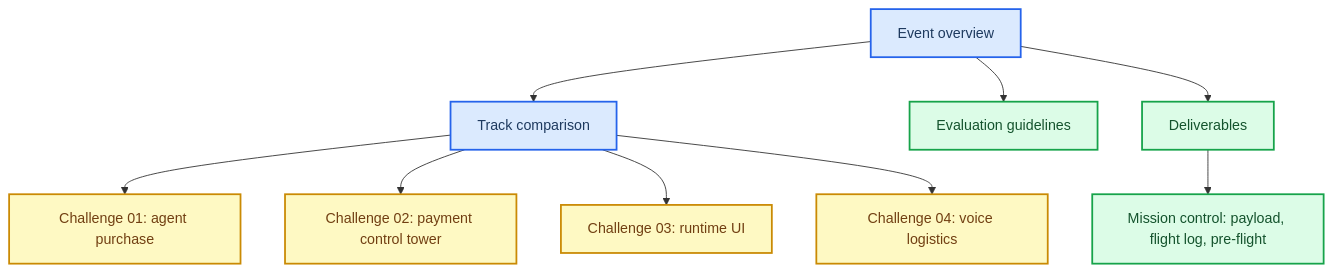
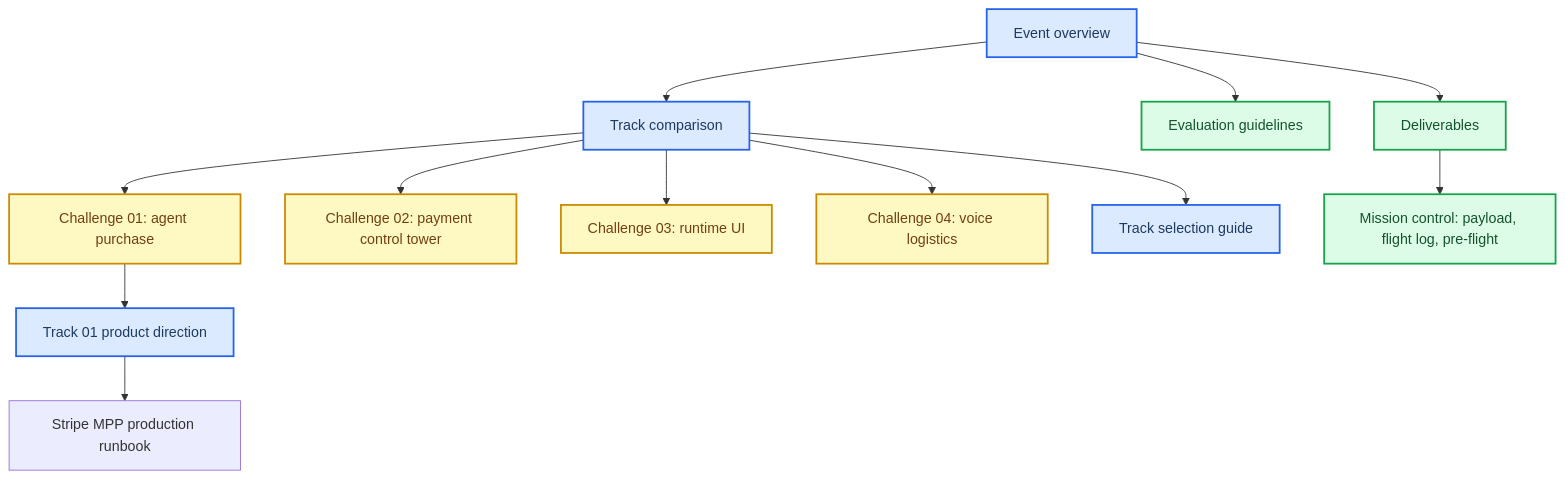
Before and after one commit to rbfcdog/brasilia-dog: the diagram in docs/README.md, drawn with Mermaid. The commit also changed other lines of this file and 17 other files, not shown here.

Commit message:
Add Stripe MPP sandbox API and runbook

````diff
--- a/docs/README.md
+++ b/docs/README.md
@@ -29,22 +32,25 @@
 ```mermaid
 flowchart TD
     accTitle: NextWave hackathon documentation map
-    accDescr: The repository records the event rules, the four challenge specifications, judging criteria, and submission requirements.
+    accDescr: The repository records event rules, challenge specifications, selection guidance, judging criteria, and submission requirements.
 
     overview["Event overview"] --> tracks["Track comparison"]
     tracks --> c01["Challenge 01: agent purchase"]
+    c01 --> direction["Track 01 product direction"]
+    direction --> stripe["Stripe MPP production runbook"]
     tracks --> c02["Challenge 02: payment control tower"]
     tracks --> c03["Challenge 03: runtime UI"]
     tracks --> c04["Challenge 04: voice logistics"]
+    tracks --> selection["Track selection guide"]
     overview --> evaluation["Evaluation guidelines"]
     overview --> deliverables["Deliverables"]
     deliverables --> mission["Mission control: payload, flight log, pre-flight"]
 
     classDef core fill:#dbeafe,stroke:#2563eb,stroke-width:2px,color:#1e3a5f
     classDef track fill:#fef9c3,stroke:#ca8a04,stroke-width:2px,color:#713f12
     classDef submission fill:#dcfce7,stroke:#16a34a,stroke-width:2px,color:#14532d
 
-    class overview,tracks core
+    class overview,tracks,selection,direction core
     class c01,c02,c03,c04 track
     class evaluation,deliverables,mission submission
 ```
````
